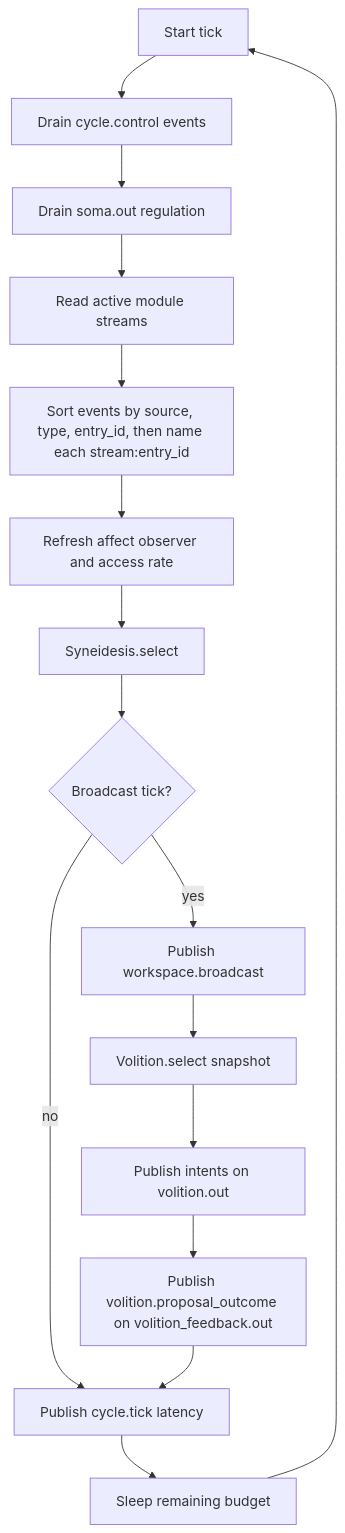
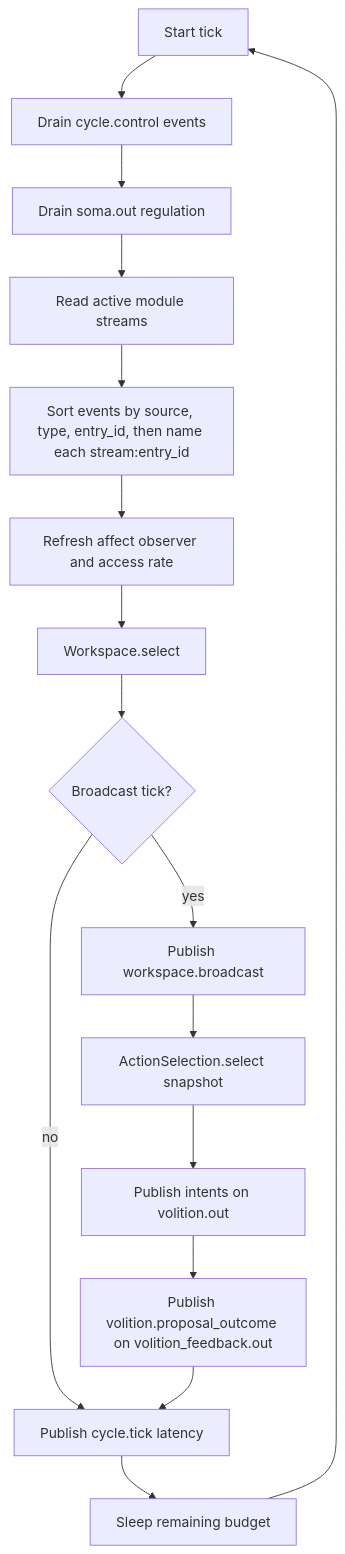
Before and after one commit to kaineone/kaine: the first of 2 diagrams in docs/08-cognitive-cycle/README.md, drawn with Mermaid. The commit also changed other lines of this file and 471 other files, not shown here.

First line of the commit message:
functional-module-names step 5c: identifiers for language, vocal, planning, action selection, effectors, self-model, social cognition, workspace

````diff
--- a/docs/08-cognitive-cycle/README.md
+++ b/docs/08-cognitive-cycle/README.md
@@ -83,18 +83,18 @@
 ```mermaid
 flowchart TD
     A[Start tick] --> B[Drain cycle.control events]
     B --> C[Drain soma.out regulation]
     C --> D[Read active module streams]
     D --> E["Sort events by source, type, entry_id, then name each stream:entry_id"]
     E --> F[Refresh affect observer and access rate]
-    F --> G[Syneidesis.select]
+    F --> G[Workspace.select]
     G --> H{Broadcast tick?}
     H -- no --> O[Publish cycle.tick latency]
     H -- yes --> I[Publish workspace.broadcast]
-    I --> J[Volition.select snapshot]
+    I --> J[ActionSelection.select snapshot]
     J --> K[Publish intents on volition.out]
     K --> L[Publish volition.proposal_outcome on volition_feedback.out]
     L --> O
     O --> P[Sleep remaining budget]
     P --> A
 ```
````
